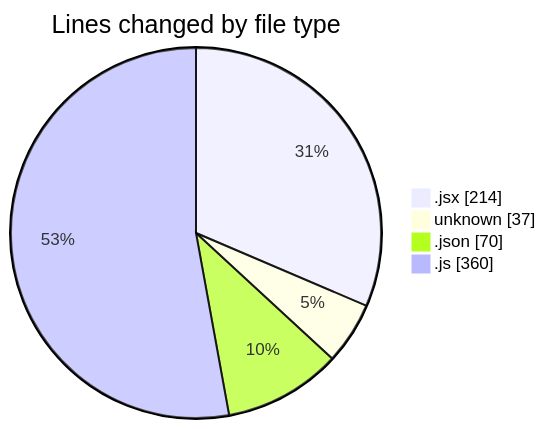
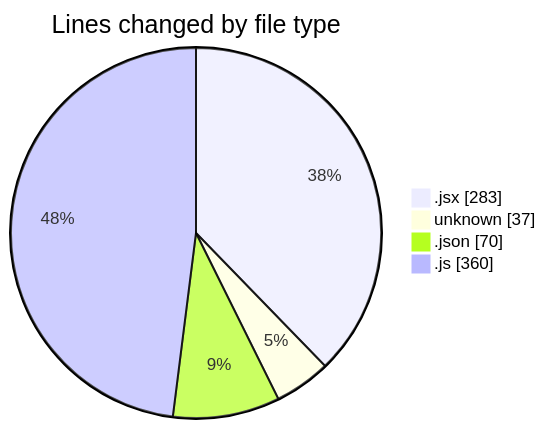
Before and after one commit to Elitesun/code-tracking: the first of 2 diagrams in 2025-02-08/react_ecom/README.md, drawn with Mermaid. The commit also changed other lines of this file and 1 other file, not shown here.

````diff
--- a/2025-02-08/react_ecom/README.md
+++ b/2025-02-08/react_ecom/README.md
@@ -24,8 +24,8 @@
 ```mermaid
 pie showData
 title Lines changed by file type
-".jsx" : 214
+".jsx" : 283
 "unknown" : 37
 ".json" : 70
 ".js" : 360
 ```
````
